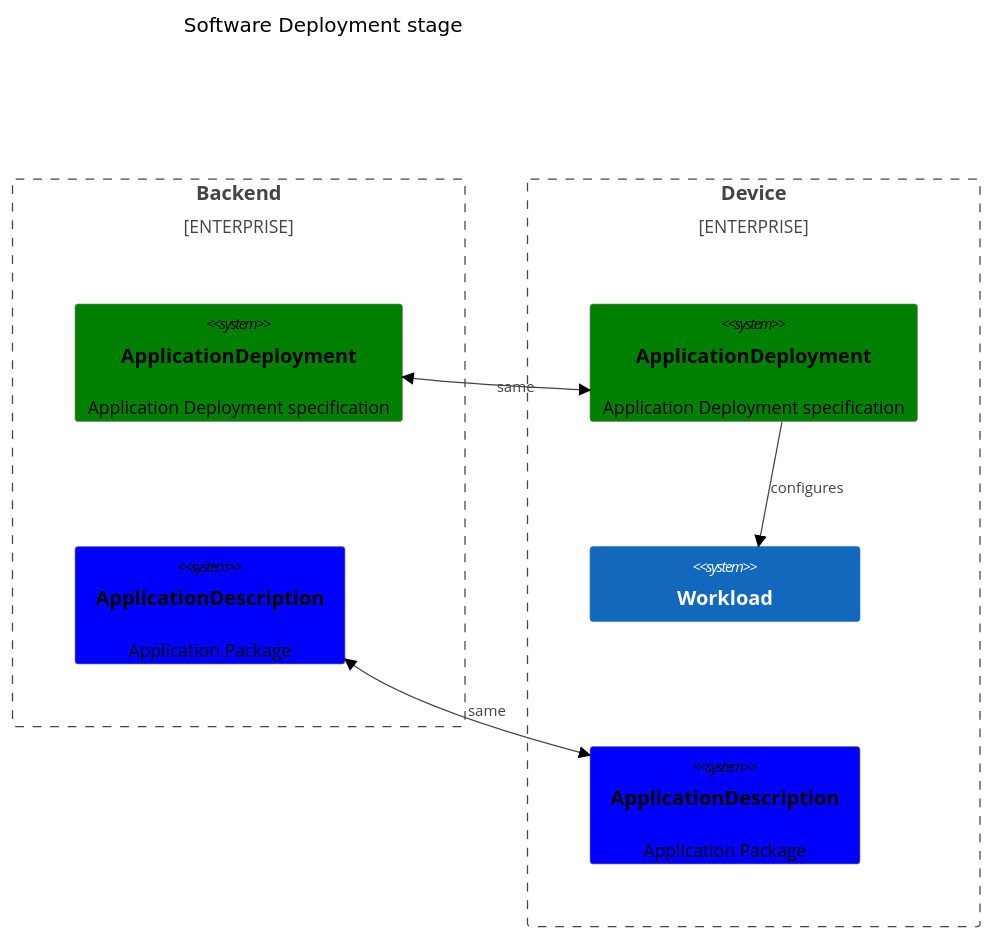
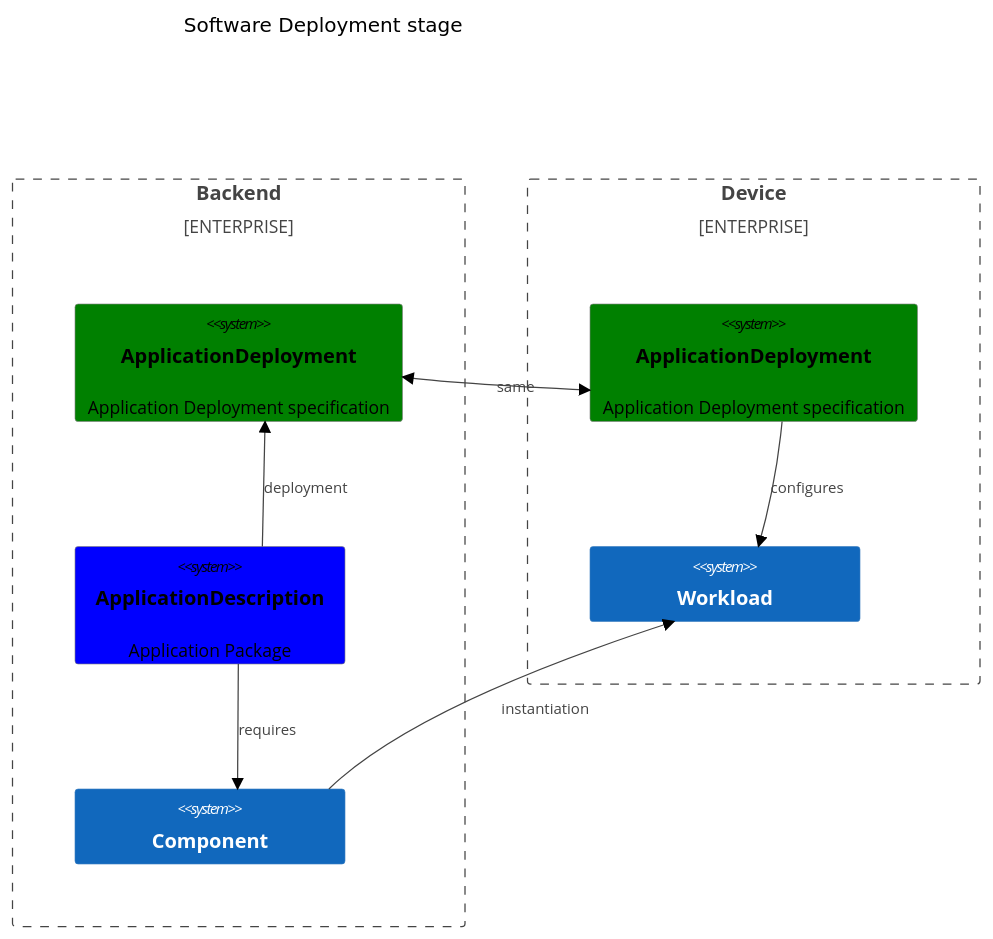
The fifth of 7 diagrams in system-design/margo-overview/software-composition.md (margo/specification), drawn with Mermaid (neutral theme) before and after one commit. The commit also changed other lines of this file, not shown here.

Commit message:
further improvements according feedback

````diff
--- a/system-design/margo-overview/software-composition.md
+++ b/system-design/margo-overview/software-composition.md
@@ -227,25 +227,27 @@
 ```mermaid
 C4Context
     title Software Deployment stage
 
     UpdateLayoutConfig($c4BoundaryInRow="1", $c4ShapeInRow="2")
 
     Enterprise_Boundary(be, "Backend") {
         System(apdb, "ApplicationDeployment", "Application Deployment specification")
         System(appb, "ApplicationDescription", "Application Package")
+        System(cmp, "Component")
+        Rel(appb, apdb, "deployment")
+        Rel(appb, cmp, "requires")
     }
 
     Enterprise_Boundary(dev, "Device") {
         System(apdd, "ApplicationDeployment", "Application Deployment specification")
         System(wls, "Workload")
-        System(appd, "ApplicationDescription", "Application Package")
         Rel(apdd, wls, "configures")
     }
 
     BiRel(apdb, apdd, "same")
-    BiRel(appb, appd, "same")
+    Rel(cmp, wls, "instantiation")
     UpdateElementStyle(appb, $fontColor="black", $bgColor="blue", $borderColor="grey")
     UpdateElementStyle(appd, $fontColor="black", $bgColor="blue", $borderColor="grey")
     UpdateElementStyle(apdb, $fontColor="black", $bgColor="green", $borderColor="grey")
     UpdateElementStyle(apdd, $fontColor="black", $bgColor="green", $borderColor="grey")
 ```
````
